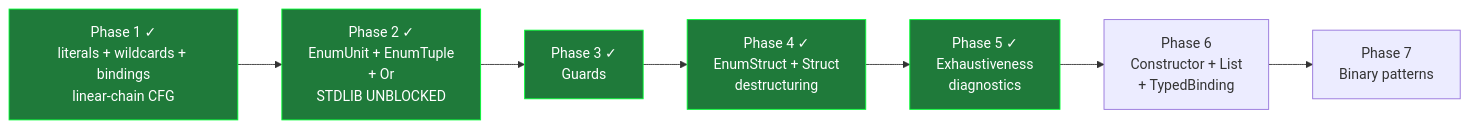
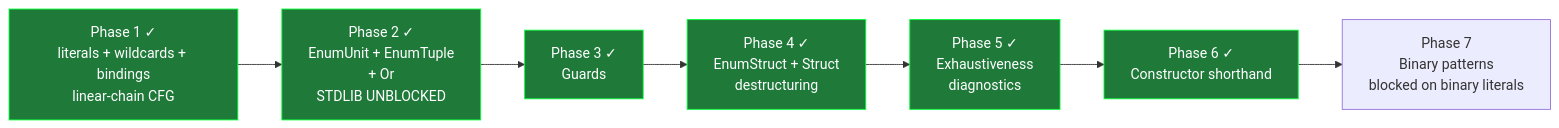
Before and after one commit to koja-lang/koja: the diagram in design/ALPHA-MATCH-PLAN.md, drawn with Mermaid. The commit also changed other lines of this file and 32 other files, not shown here.

````diff
--- a/design/ALPHA-MATCH-PLAN.md
+++ b/design/ALPHA-MATCH-PLAN.md
@@ -310,14 +330,15 @@
 ```mermaid
 graph LR
     p1[Phase 1 ✓<br/>literals + wildcards + bindings<br/>linear-chain CFG] --> p2[Phase 2 ✓<br/>EnumUnit + EnumTuple<br/>+ Or<br/>STDLIB UNBLOCKED]
     p2 --> p3[Phase 3 ✓<br/>Guards]
     p3 --> p4[Phase 4 ✓<br/>EnumStruct + Struct<br/>destructuring]
     p4 --> p5[Phase 5 ✓<br/>Exhaustiveness<br/>diagnostics]
-    p5 --> p6[Phase 6<br/>Constructor + List<br/>+ TypedBinding]
-    p6 --> p7[Phase 7<br/>Binary patterns]
+    p5 --> p6[Phase 6 ✓<br/>Constructor shorthand]
+    p6 --> p7[Phase 7<br/>Binary patterns<br/>blocked on binary literals]
     style p1 fill:#1f7a3a,stroke:#0f3,color:#fff
     style p2 fill:#1f7a3a,stroke:#0f3,color:#fff
     style p3 fill:#1f7a3a,stroke:#0f3,color:#fff
     style p4 fill:#1f7a3a,stroke:#0f3,color:#fff
     style p5 fill:#1f7a3a,stroke:#0f3,color:#fff
+    style p6 fill:#1f7a3a,stroke:#0f3,color:#fff
 ```
````
